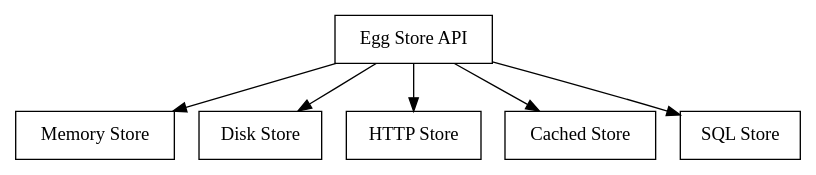
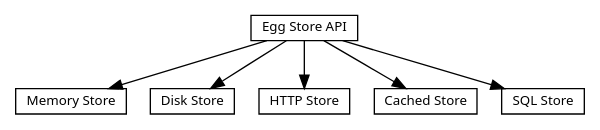
Before and after one commit to enthought/encore: the second of 3 diagrams in docs/source/storage/concepts.rst, drawn with Graphviz. The commit also changed other lines of this file and 15 other files, not shown here.

```diff
--- a/docs/source/storage/concepts.rst
+++ b/docs/source/storage/concepts.rst
@@ -51,8 +51,8 @@
 .. digraph:: diagram2
 
-    node [shape=box]
+    node [shape=box, fontname=sans, fontsize=10, height=0.1, width=0.1]
     "Egg Store API" -> "Memory Store"
     "Egg Store API" -> "Disk Store"
     "Egg Store API" -> "HTTP Store"
     "Egg Store API" -> "Cached Store"
     "Egg Store API" -> "SQL Store"
```
